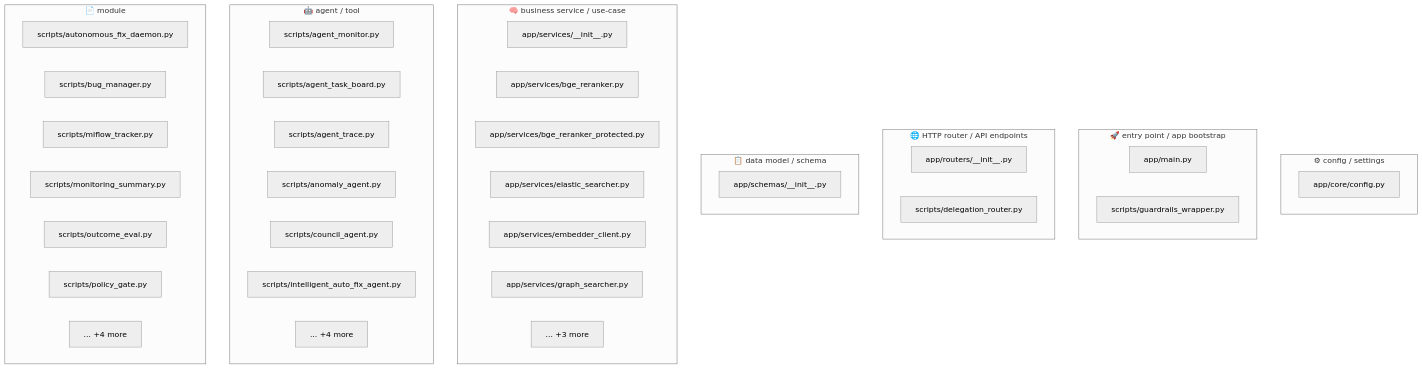
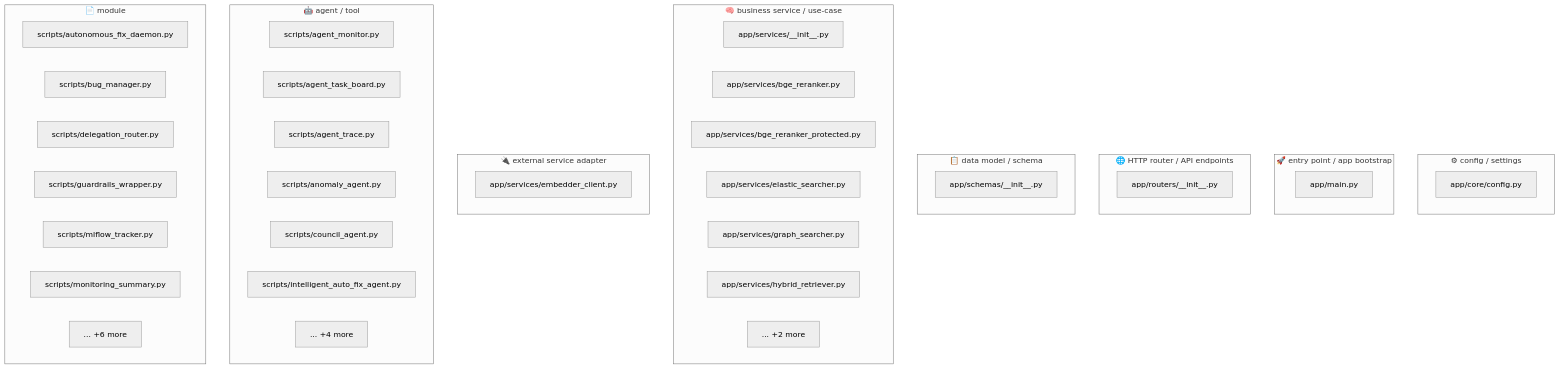
The third of 11 diagrams in services/retrieval-svc/README.md (PraveenAsthana123/circuitRAG), drawn with Mermaid (neutral theme) before and after one commit. The commit also changed other lines of this file and 23 other files, not shown here.

````diff
--- a/services/retrieval-svc/README.md
+++ b/services/retrieval-svc/README.md
@@ -192,44 +274,45 @@
 ```mermaid
 flowchart TB
     subgraph __config___settings["⚙ config / settings"]
         app_core_config_py["app/core/config.py"]
     end
     subgraph __entry_point___app_bootstrap["🚀 entry point / app bootstrap"]
         app_main_py["app/main.py"]
-        scripts_guardrails_wrapper_py["scripts/guardrails_wrapper.py"]
     end
     subgraph __HTTP_router___API_endpoints["🌐 HTTP router / API endpoints"]
         app_routers___init___py["app/routers/__init__.py"]
-        scripts_delegation_router_py["scripts/delegation_router.py"]
     end
     subgraph __data_model___schema["📋 data model / schema"]
         app_schemas___init___py["app/schemas/__init__.py"]
     end
     subgraph __business_service___use_case["🧠 business service / use-case"]
         app_services___init___py["app/services/__init__.py"]
         app_services_bge_reranker_py["app/services/bge_reranker.py"]
         app_services_bge_reranker_protected_py["app/services/bge_reranker_protected.py"]
         app_services_elastic_searcher_py["app/services/elastic_searcher.py"]
+        app_services_graph_searcher_py["app/services/graph_searcher.py"]
+        app_services_hybrid_retriever_py["app/services/hybrid_retriever.py"]
+        more___business_service___use_case["... +2 more"]
+    end
+    subgraph __external_service_adapter["🔌 external service adapter"]
         app_services_embedder_client_py["app/services/embedder_client.py"]
-        app_services_graph_searcher_py["app/services/graph_searcher.py"]
-        more___business_service___use_case["... +3 more"]
     end
     subgraph __agent___tool["🤖 agent / tool"]
         scripts_agent_monitor_py["scripts/agent_monitor.py"]
         scripts_agent_task_board_py["scripts/agent_task_board.py"]
         scripts_agent_trace_py["scripts/agent_trace.py"]
         scripts_anomaly_agent_py["scripts/anomaly_agent.py"]
         scripts_council_agent_py["scripts/council_agent.py"]
         scripts_intelligent_auto_fix_agent_py["scripts/intelligent_auto_fix_agent.py"]
         more___agent___tool["... +4 more"]
     end
     subgraph __module["📄 module"]
         scripts_autonomous_fix_daemon_py["scripts/autonomous_fix_daemon.py"]
         scripts_bug_manager_py["scripts/bug_manager.py"]
+        scripts_delegation_router_py["scripts/delegation_router.py"]
+        scripts_guardrails_wrapper_py["scripts/guardrails_wrapper.py"]
         scripts_mlflow_tracker_py["scripts/mlflow_tracker.py"]
         scripts_monitoring_summary_py["scripts/monitoring_summary.py"]
-        scripts_outcome_eval_py["scripts/outcome_eval.py"]
-        scripts_policy_gate_py["scripts/policy_gate.py"]
-        more___module["... +4 more"]
+        more___module["... +6 more"]
     end
 ```
````
